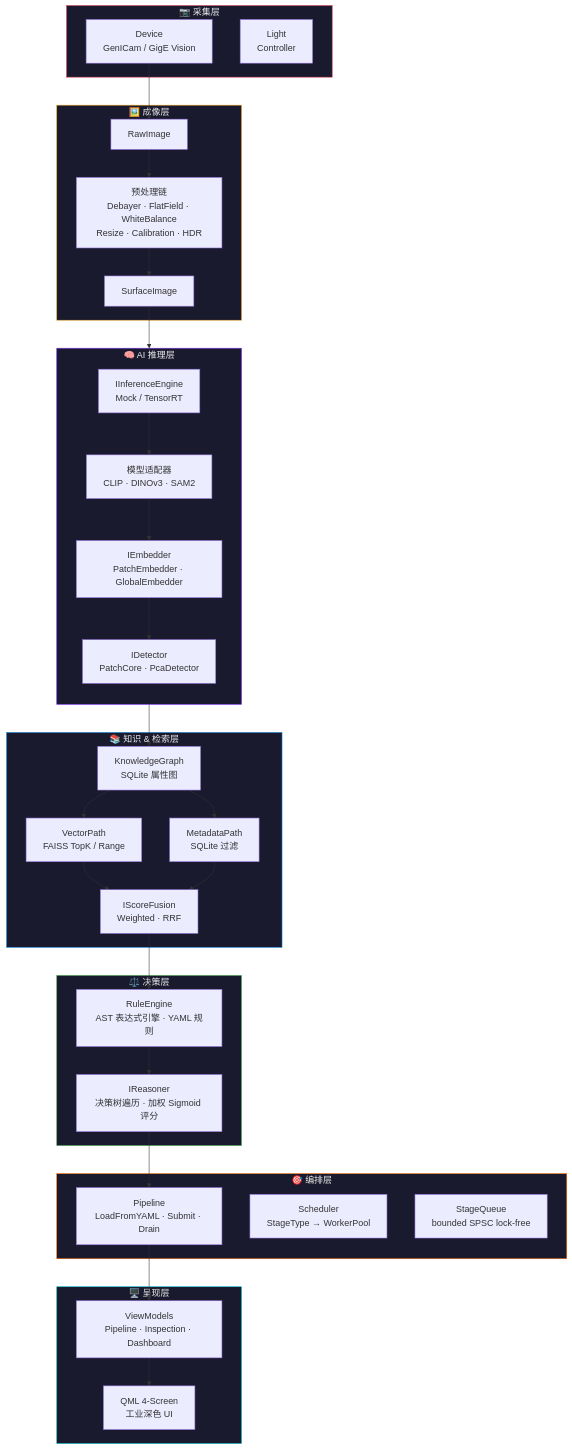
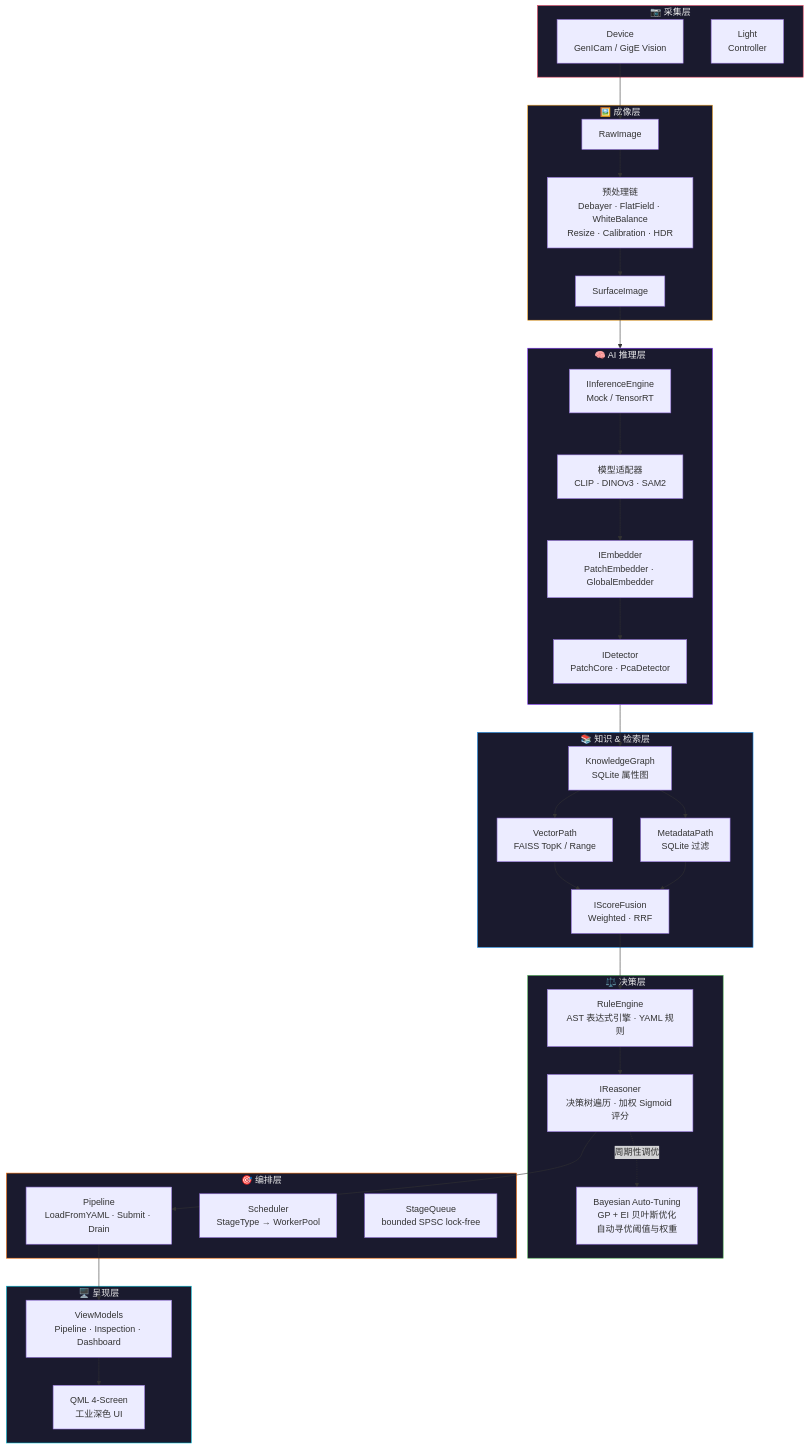
One commit to celien99/surface-ai changed the diagram in README.md. Above: the diagram before and after it, drawn with Mermaid. The commit also changed other lines of this file, not shown here.

````diff
--- a/README.md
+++ b/README.md
@@ -19,61 +19,63 @@
 ```mermaid
 graph TB
     subgraph Acquisition["📷 采集层"]
         Device["Device<br/>GenICam / GigE Vision"]
         Lighting["Light<br/>Controller"]
     end
 
     subgraph Imaging["🖼️ 成像层"]
         Raw["RawImage"] --> Preprocess["预处理链<br/>Debayer · FlatField · WhiteBalance<br/>Resize · Calibration · HDR"]
         Preprocess --> Surface["SurfaceImage"]
     end
 
     subgraph AI["🧠 AI 推理层"]
         direction TB
         Engine["IInferenceEngine<br/>Mock / TensorRT"]
         Adapters["模型适配器<br/>CLIP · DINOv3 · SAM2"]
         Embedder["IEmbedder<br/>PatchEmbedder · GlobalEmbedder"]
         Detector["IDetector<br/>PatchCore · PcaDetector"]
         Engine --> Adapters --> Embedder --> Detector
     end
 
     subgraph Knowledge["📚 知识 & 检索层"]
         KG["KnowledgeGraph<br/>SQLite 属性图"]
         VP["VectorPath<br/>FAISS TopK / Range"]
         MP["MetadataPath<br/>SQLite 过滤"]
         Fusion["IScoreFusion<br/>Weighted · RRF"]
         KG --> VP & MP --> Fusion
     end
 
     subgraph Decision["⚖️ 决策层"]
         Rule["RuleEngine<br/>AST 表达式引擎 · YAML 规则"]
         Reasoner["IReasoner<br/>决策树遍历 · 加权 Sigmoid 评分"]
+        Tuning["Bayesian Auto-Tuning<br/>GP + EI 贝叶斯优化<br/>自动寻优阈值与权重"]
         Rule --> Reasoner
+        Reasoner -.->|周期性调优| Tuning
     end
 
     subgraph Orchestration["🎯 编排层"]
         Pipeline["Pipeline<br/>LoadFromYAML · Submit · Drain"]
         Scheduler["Scheduler<br/>StageType → WorkerPool"]
         Queue["StageQueue<br/>bounded SPSC lock-free"]
     end
 
     subgraph Viz["🖥️ 呈现层"]
         ViewModel["ViewModels<br/>Pipeline · Inspection · Dashboard"]
         QML["QML 4-Screen<br/>工业深色 UI"]
     end
 
     Device --> Raw
     Surface --> Engine
     Detector --> KG
     Fusion --> Rule
     Reasoner --> Pipeline
     Pipeline --> ViewModel --> QML
 
     style Acquisition fill:#1a1a2e,stroke:#e94560,color:#eee
     style Imaging fill:#1a1a2e,stroke:#f5a623,color:#eee
     style AI fill:#1a1a2e,stroke:#7b2ff7,color:#eee
     style Knowledge fill:#1a1a2e,stroke:#2196f3,color:#eee
     style Decision fill:#1a1a2e,stroke:#4caf50,color:#eee
     style Orchestration fill:#1a1a2e,stroke:#ff6d00,color:#eee
     style Viz fill:#1a1a2e,stroke:#00bcd4,color:#eee
 ```
````
